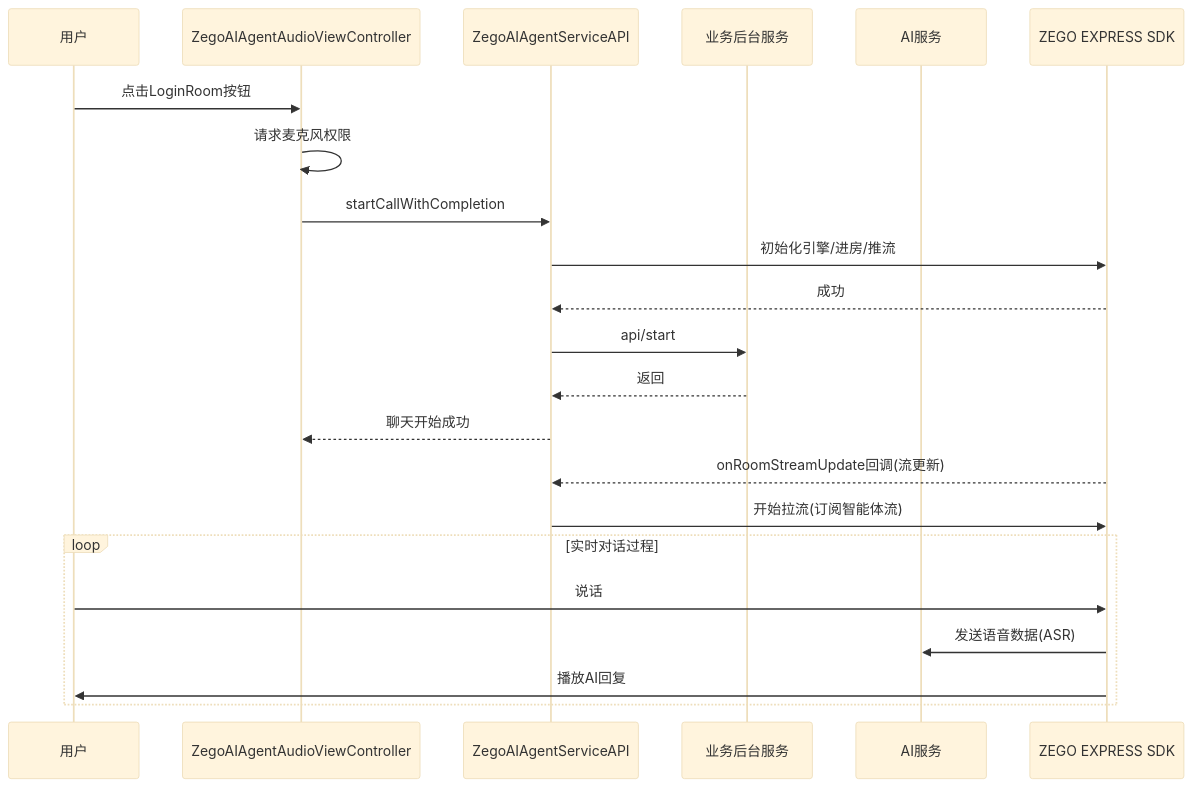
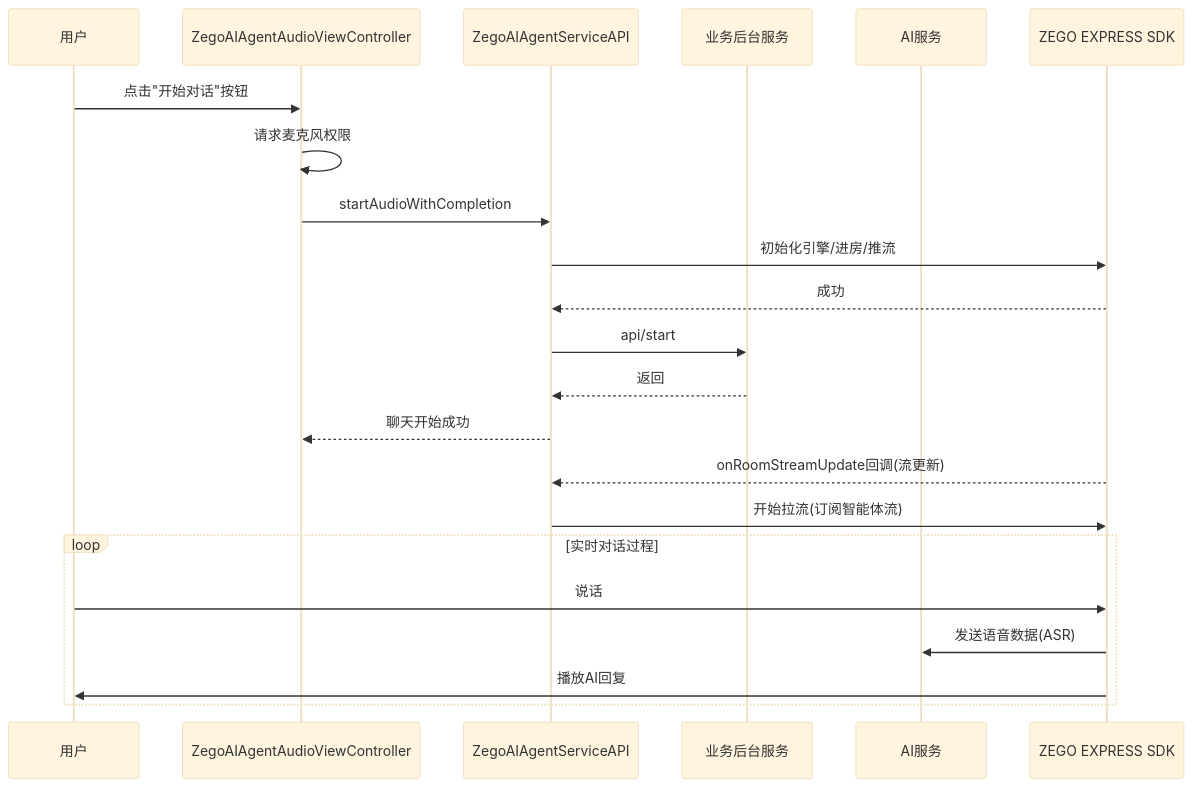
Before and after one commit to ZEGOCLOUD/ai_agent_quick_start: the first of 3 diagrams in ios/README.md, drawn with Mermaid (base theme). The commit also changed other lines of this file and 2 other files, not shown here.

````diff
--- a/ios/README.md
+++ b/ios/README.md
@@ -81,26 +94,26 @@
 ```mermaid
 sequenceDiagram
     participant User as 用户
     participant AudioVC as ZegoAIAgentAudioViewController
     participant ServiceAPI as ZegoAIAgentServiceAPI
     participant BusinessServer as 业务后台服务
     participant PassServer as AI服务
     participant Express as ZEGO EXPRESS SDK
 
-    User->>AudioVC: 点击LoginRoom按钮
+    User->>AudioVC: 点击"开始对话"按钮
     AudioVC->>AudioVC: 请求麦克风权限
-    AudioVC->>ServiceAPI:startCallWithCompletion
+    AudioVC->>ServiceAPI:startAudioWithCompletion
     ServiceAPI->>Express: 初始化引擎/进房/推流
     Express-->>ServiceAPI: 成功
     ServiceAPI->>BusinessServer: api/start
     BusinessServer-->>ServiceAPI: 返回
     ServiceAPI-->>AudioVC: 聊天开始成功
     Express-->>ServiceAPI: onRoomStreamUpdate回调(流更新)
     ServiceAPI->>Express: 开始拉流(订阅智能体流)
 
     loop 实时对话过程
         User->>Express: 说话
         Express->>PassServer: 发送语音数据(ASR)
         Express->>User: 播放AI回复
     end
 ```
````
